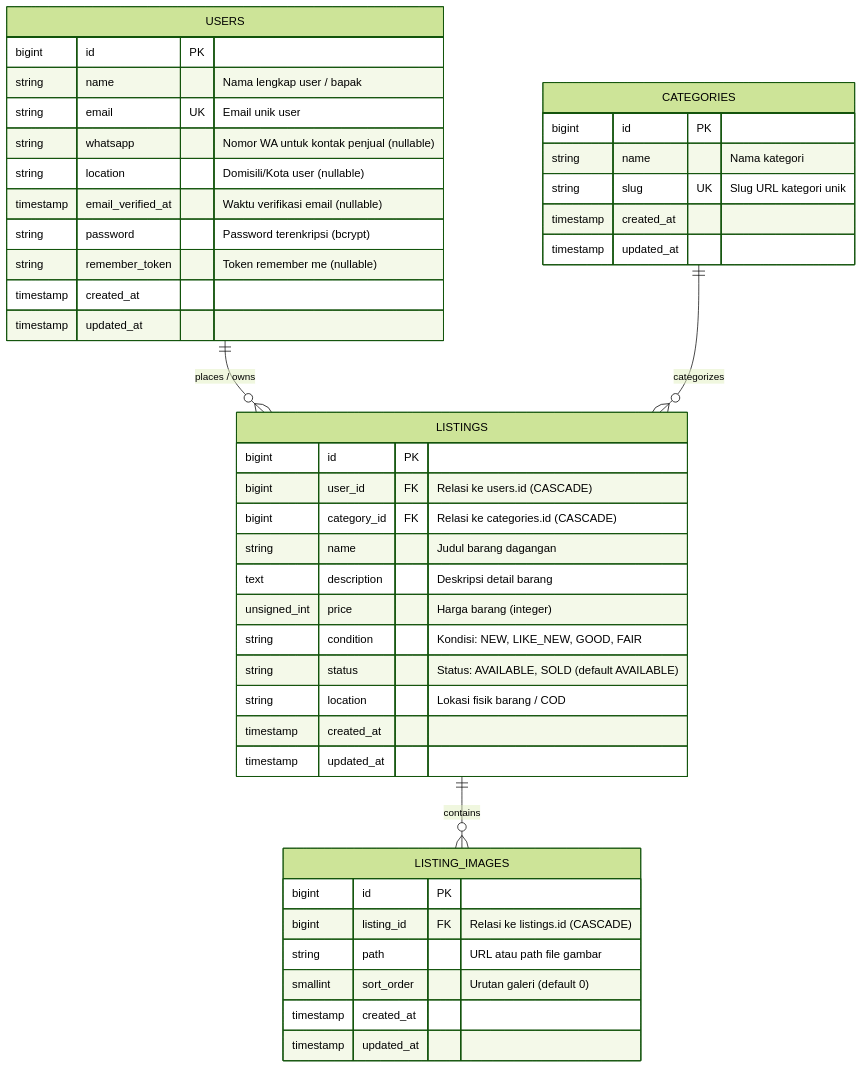
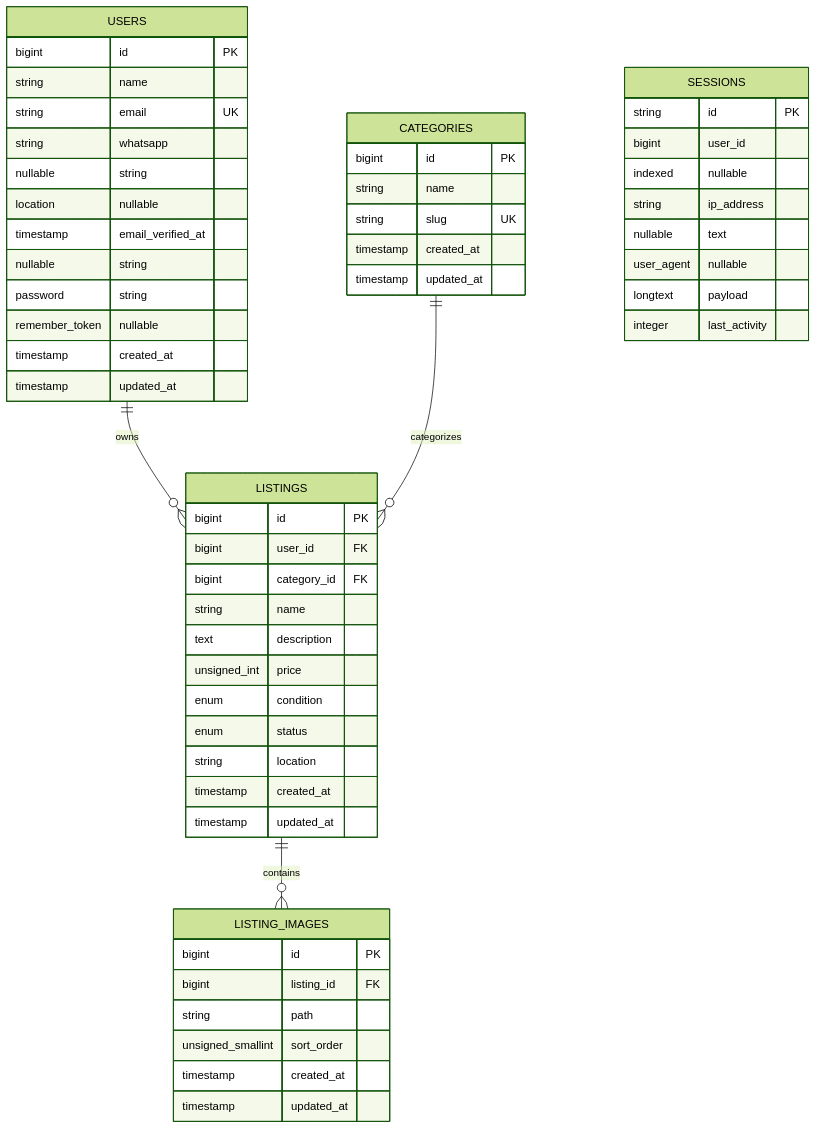
Before and after one commit to hafidnm/marketplace: the diagram in docs/database.md, drawn with Mermaid (forest theme). The commit also changed other lines of this file and 4 other files, not shown here.

````diff
--- a/docs/database.md
+++ b/docs/database.md
@@ -9,50 +8,55 @@
 ```mermaid
 erDiagram
-    USERS ||--o{ LISTINGS : "places / owns"
-    CATEGORIES ||--o{ LISTINGS : "categorizes"
-    LISTINGS ||--o{ LISTING_IMAGES : "contains"
+    USERS ||--o{ LISTINGS : owns
+    CATEGORIES ||--o{ LISTINGS : categorizes
+    LISTINGS ||--o{ LISTING_IMAGES : contains
 
     USERS {
         bigint id PK
-        string name "Nama lengkap user / bapak"
-        string email UK "Email unik user"
-        string whatsapp "Nomor WA untuk kontak penjual (nullable)"
-        string location "Domisili/Kota user (nullable)"
-        timestamp email_verified_at "Waktu verifikasi email (nullable)"
-        string password "Password terenkripsi (bcrypt)"
-        string remember_token "Token remember me (nullable)"
+        string name
+        string email UK
+        string whatsapp nullable
+        string location nullable
+        timestamp email_verified_at nullable
+        string password
+        string remember_token nullable
         timestamp created_at
         timestamp updated_at
     }
-
     CATEGORIES {
         bigint id PK
-        string name "Nama kategori"
-        string slug UK "Slug URL kategori unik"
+        string name
+        string slug UK
         timestamp created_at
         timestamp updated_at
     }
-
     LISTINGS {
         bigint id PK
-        bigint user_id FK "Relasi ke users.id (CASCADE)"
-        bigint category_id FK "Relasi ke categories.id (CASCADE)"
-        string name "Judul barang dagangan"
-        text description "Deskripsi detail barang"
-        unsigned_int price "Harga barang (integer)"
-        string condition "Kondisi: NEW, LIKE_NEW, GOOD, FAIR"
-        string status "Status: AVAILABLE, SOLD (default AVAILABLE)"
-        string location "Lokasi fisik barang / COD"
+        bigint user_id FK
+        bigint category_id FK
+        string name
+        text description
+        unsigned_int price
+        enum condition
+        enum status
+        string location
         timestamp created_at
         timestamp updated_at
     }
-
     LISTING_IMAGES {
         bigint id PK
-        bigint listing_id FK "Relasi ke listings.id (CASCADE)"
-        string path "URL atau path file gambar"
-        smallint sort_order "Urutan galeri (default 0)"
+        bigint listing_id FK
+        string path
+        unsigned_smallint sort_order
         timestamp created_at
         timestamp updated_at
     }
+    SESSIONS {
+        string id PK
+        bigint user_id indexed nullable
+        string ip_address nullable
+        text user_agent nullable
+        longtext payload
+        integer last_activity
+    }
 ```
````
